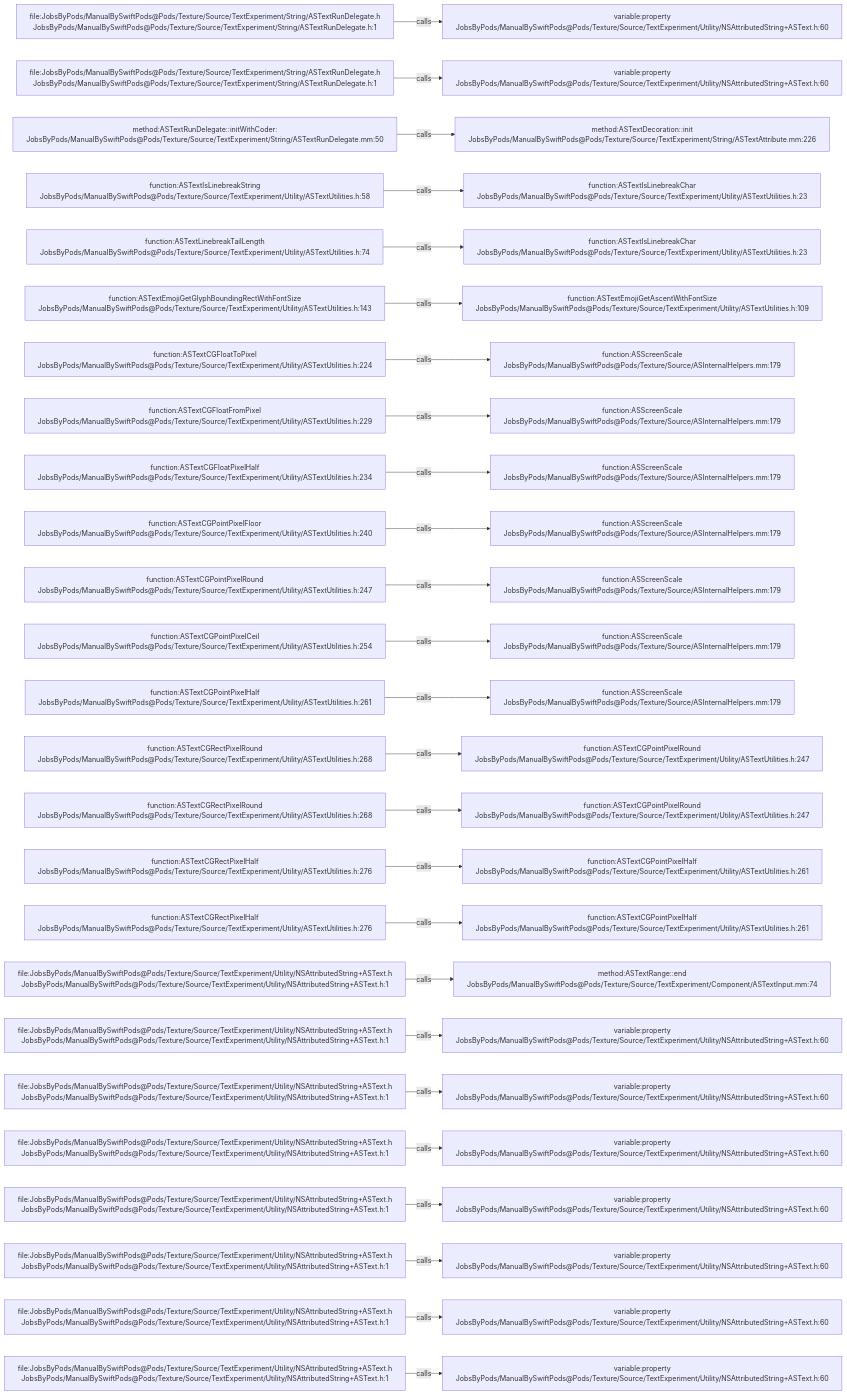
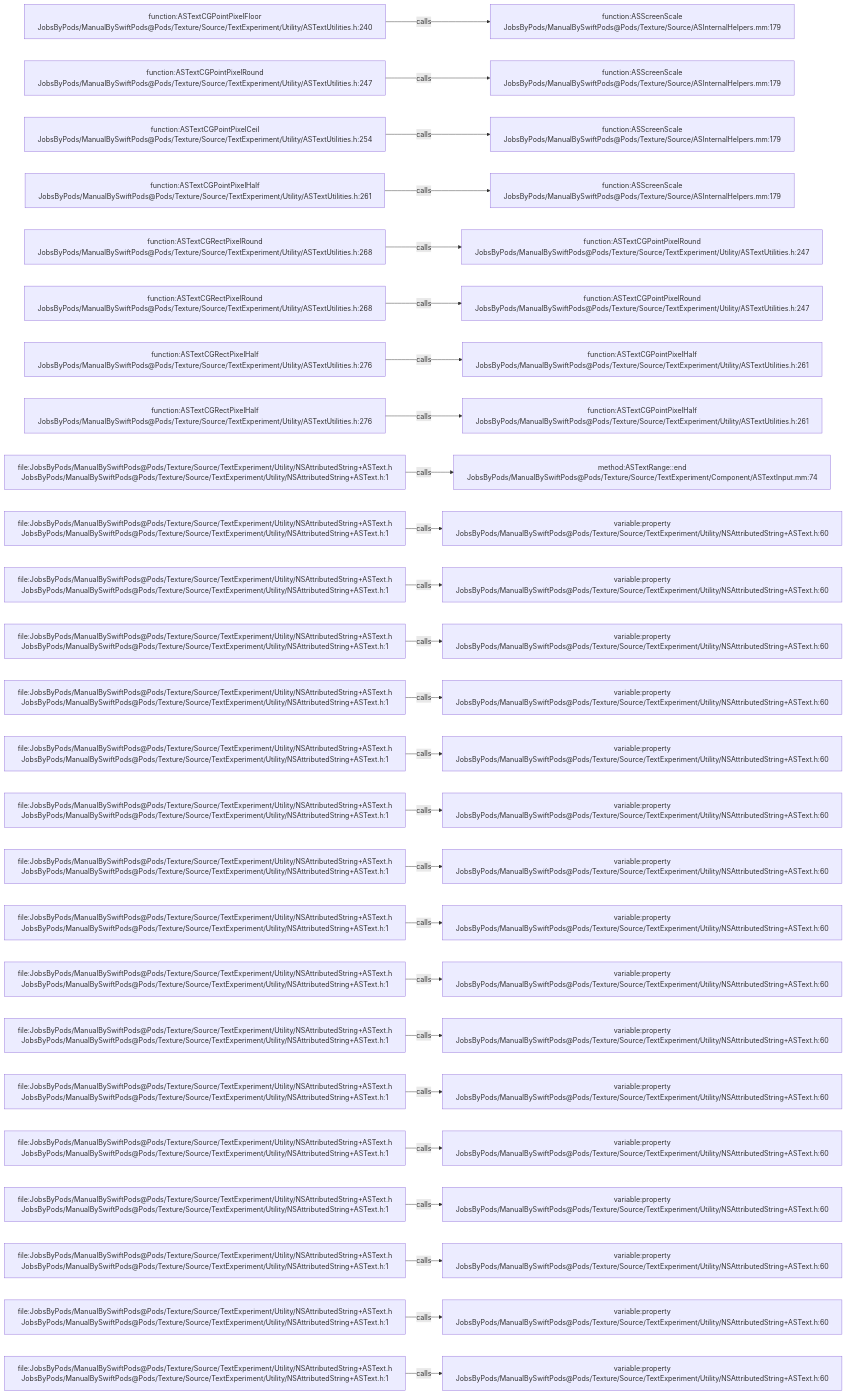
One commit to JobsKits/JobsSwiftBaseConfigDemo changed the diagram in .codegraph/codegraph.md/graphs/calls-140.md. Above: the diagram before and after it, drawn with Mermaid. The commit also changed 707 other files, not shown here.

````diff
--- a/.codegraph/codegraph.md/graphs/calls-140.md
+++ b/.codegraph/codegraph.md/graphs/calls-140.md
@@ -13,78 +13,78 @@
 ```mermaid
 flowchart LR
-  S1["file:JobsByPods/ManualBySwiftPods@Pods/Texture/Source/TextExperiment/String/ASTextRunDelegate.h<br/>JobsByPods/ManualBySwiftPods@Pods/Texture/Source/TextExperiment/String/ASTextRunDelegate.h:1"]
-  T1["variable:property<br/>JobsByPods/ManualBySwiftPods@Pods/Texture/Source/TextExperiment/Utility/NSAttributedString+ASText.h:60"]
+  S1["function:ASTextCGPointPixelFloor<br/>JobsByPods/ManualBySwiftPods@Pods/Texture/Source/TextExperiment/Utility/ASTextUtilities.h:240"]
+  T1["function:ASScreenScale<br/>JobsByPods/ManualBySwiftPods@Pods/Texture/Source/ASInternalHelpers.mm:179"]
   S1 -->|calls| T1
-  S2["file:JobsByPods/ManualBySwiftPods@Pods/Texture/Source/TextExperiment/String/ASTextRunDelegate.h<br/>JobsByPods/ManualBySwiftPods@Pods/Texture/Source/TextExperiment/String/ASTextRunDelegate.h:1"]
-  T2["variable:property<br/>JobsByPods/ManualBySwiftPods@Pods/Texture/Source/TextExperiment/Utility/NSAttributedString+ASText.h:60"]
+  S2["function:ASTextCGPointPixelRound<br/>JobsByPods/ManualBySwiftPods@Pods/Texture/Source/TextExperiment/Utility/ASTextUtilities.h:247"]
+  T2["function:ASScreenScale<br/>JobsByPods/ManualBySwiftPods@Pods/Texture/Source/ASInternalHelpers.mm:179"]
   S2 -->|calls| T2
-  S3["method:ASTextRunDelegate::initWithCoder:<br/>JobsByPods/ManualBySwiftPods@Pods/Texture/Source/TextExperiment/String/ASTextRunDelegate.mm:50"]
-  T3["method:ASTextDecoration::init<br/>JobsByPods/ManualBySwiftPods@Pods/Texture/Source/TextExperiment/String/ASTextAttribute.mm:226"]
+  S3["function:ASTextCGPointPixelCeil<br/>JobsByPods/ManualBySwiftPods@Pods/Texture/Source/TextExperiment/Utility/ASTextUtilities.h:254"]
+  T3["function:ASScreenScale<br/>JobsByPods/ManualBySwiftPods@Pods/Texture/Source/ASInternalHelpers.mm:179"]
   S3 -->|calls| T3
-  S4["function:ASTextIsLinebreakString<br/>JobsByPods/ManualBySwiftPods@Pods/Texture/Source/TextExperiment/Utility/ASTextUtilities.h:58"]
-  T4["function:ASTextIsLinebreakChar<br/>JobsByPods/ManualBySwiftPods@Pods/Texture/Source/TextExperiment/Utility/ASTextUtilities.h:23"]
+  S4["function:ASTextCGPointPixelHalf<br/>JobsByPods/ManualBySwiftPods@Pods/Texture/Source/TextExperiment/Utility/ASTextUtilities.h:261"]
+  T4["function:ASScreenScale<br/>JobsByPods/ManualBySwiftPods@Pods/Texture/Source/ASInternalHelpers.mm:179"]
   S4 -->|calls| T4
-  S5["function:ASTextLinebreakTailLength<br/>JobsByPods/ManualBySwiftPods@Pods/Texture/Source/TextExperiment/Utility/ASTextUtilities.h:74"]
-  T5["function:ASTextIsLinebreakChar<br/>JobsByPods/ManualBySwiftPods@Pods/Texture/Source/TextExperiment/Utility/ASTextUtilities.h:23"]
+  S5["function:ASTextCGRectPixelRound<br/>JobsByPods/ManualBySwiftPods@Pods/Texture/Source/TextExperiment/Utility/ASTextUtilities.h:268"]
+  T5["function:ASTextCGPointPixelRound<br/>JobsByPods/ManualBySwiftPods@Pods/Texture/Source/TextExperiment/Utility/ASTextUtilities.h:247"]
   S5 -->|calls| T5
-  S6["function:ASTextEmojiGetGlyphBoundingRectWithFontSize<br/>JobsByPods/ManualBySwiftPods@Pods/Texture/Source/TextExperiment/Utility/ASTextUtilities.h:143"]
-  T6["function:ASTextEmojiGetAscentWithFontSize<br/>JobsByPods/ManualBySwiftPods@Pods/Texture/Source/TextExperiment/Utility/ASTextUtilities.h:109"]
+  S6["function:ASTextCGRectPixelRound<br/>JobsByPods/ManualBySwiftPods@Pods/Texture/Source/TextExperiment/Utility/ASTextUtilities.h:268"]
+  T6["function:ASTextCGPointPixelRound<br/>JobsByPods/ManualBySwiftPods@Pods/Texture/Source/TextExperiment/Utility/ASTextUtilities.h:247"]
   S6 -->|calls| T6
-  S7["function:ASTextCGFloatToPixel<br/>JobsByPods/ManualBySwiftPods@Pods/Texture/Source/TextExperiment/Utility/ASTextUtilities.h:224"]
-  T7["function:ASScreenScale<br/>JobsByPods/ManualBySwiftPods@Pods/Texture/Source/ASInternalHelpers.mm:179"]
+  S7["function:ASTextCGRectPixelHalf<br/>JobsByPods/ManualBySwiftPods@Pods/Texture/Source/TextExperiment/Utility/ASTextUtilities.h:276"]
+  T7["function:ASTextCGPointPixelHalf<br/>JobsByPods/ManualBySwiftPods@Pods/Texture/Source/TextExperiment/Utility/ASTextUtilities.h:261"]
   S7 -->|calls| T7
-  S8["function:ASTextCGFloatFromPixel<br/>JobsByPods/ManualBySwiftPods@Pods/Texture/Source/TextExperiment/Utility/ASTextUtilities.h:229"]
-  T8["function:ASScreenScale<br/>JobsByPods/ManualBySwiftPods@Pods/Texture/Source/ASInternalHelpers.mm:179"]
+  S8["function:ASTextCGRectPixelHalf<br/>JobsByPods/ManualBySwiftPods@Pods/Texture/Source/TextExperiment/Utility/ASTextUtilities.h:276"]
+  T8["function:ASTextCGPointPixelHalf<br/>JobsByPods/ManualBySwiftPods@Pods/Texture/Source/TextExperiment/Utility/ASTextUtilities.h:261"]
   S8 -->|calls| T8
-  S9["function:ASTextCGFloatPixelHalf<br/>JobsByPods/ManualBySwiftPods@Pods/Texture/Source/TextExperiment/Utility/ASTextUtilities.h:234"]
-  T9["function:ASScreenScale<br/>JobsByPods/ManualBySwiftPods@Pods/Texture/Source/ASInternalHelpers.mm:179"]
+  S9["file:JobsByPods/ManualBySwiftPods@Pods/Texture/Source/TextExperiment/Utility/NSAttributedString+ASText.h<br/>JobsByPods/ManualBySwiftPods@Pods/Texture/Source/TextExperiment/Utility/NSAttributedString+ASText.h:1"]
+  T9["method:ASTextRange::end<br/>JobsByPods/ManualBySwiftPods@Pods/Texture/Source/TextExperiment/Component/ASTextInput.mm:74"]
   S9 -->|calls| T9
-  S10["function:ASTextCGPointPixelFloor<br/>JobsByPods/ManualBySwiftPods@Pods/Texture/Source/TextExperiment/Utility/ASTextUtilities.h:240"]
-  T10["function:ASScreenScale<br/>JobsByPods/ManualBySwiftPods@Pods/Texture/Source/ASInternalHelpers.mm:179"]
+  S10["file:JobsByPods/ManualBySwiftPods@Pods/Texture/Source/TextExperiment/Utility/NSAttributedString+ASText.h<br/>JobsByPods/ManualBySwiftPods@Pods/Texture/Source/TextExperiment/Utility/NSAttributedString+ASText.h:1"]
+  T10["variable:property<br/>JobsByPods/ManualBySwiftPods@Pods/Texture/Source/TextExperiment/Utility/NSAttributedString+ASText.h:60"]
   S10 -->|calls| T10
-  S11["function:ASTextCGPointPixelRound<br/>JobsByPods/ManualBySwiftPods@Pods/Texture/Source/TextExperiment/Utility/ASTextUtilities.h:247"]
-  T11["function:ASScreenScale<br/>JobsByPods/ManualBySwiftPods@Pods/Texture/Source/ASInternalHelpers.mm:179"]
+  S11["file:JobsByPods/ManualBySwiftPods@Pods/Texture/Source/TextExperiment/Utility/NSAttributedString+ASText.h<br/>JobsByPods/ManualBySwiftPods@Pods/Texture/Source/TextExperiment/Utility/NSAttributedString+ASText.h:1"]
+  T11["variable:property<br/>JobsByPods/ManualBySwiftPods@Pods/Texture/Source/TextExperiment/Utility/NSAttributedString+ASText.h:60"]
   S11 -->|calls| T11
-  S12["function:ASTextCGPointPixelCeil<br/>JobsByPods/ManualBySwiftPods@Pods/Texture/Source/TextExperiment/Utility/ASTextUtilities.h:254"]
-  T12["function:ASScreenScale<br/>JobsByPods/ManualBySwiftPods@Pods/Texture/Source/ASInternalHelpers.mm:179"]
+  S12["file:JobsByPods/ManualBySwiftPods@Pods/Texture/Source/TextExperiment/Utility/NSAttributedString+ASText.h<br/>JobsByPods/ManualBySwiftPods@Pods/Texture/Source/TextExperiment/Utility/NSAttributedString+ASText.h:1"]
+  T12["variable:property<br/>JobsByPods/ManualBySwiftPods@Pods/Texture/Source/TextExperiment/Utility/NSAttributedString+ASText.h:60"]
   S12 -->|calls| T12
-  S13["function:ASTextCGPointPixelHalf<br/>JobsByPods/ManualBySwiftPods@Pods/Texture/Source/TextExperiment/Utility/ASTextUtilities.h:261"]
-  T13["function:ASScreenScale<br/>JobsByPods/ManualBySwiftPods@Pods/Texture/Source/ASInternalHelpers.mm:179"]
+  S13["file:JobsByPods/ManualBySwiftPods@Pods/Texture/Source/TextExperiment/Utility/NSAttributedString+ASText.h<br/>JobsByPods/ManualBySwiftPods@Pods/Texture/Source/TextExperiment/Utility/NSAttributedString+ASText.h:1"]
+  T13["variable:property<br/>JobsByPods/ManualBySwiftPods@Pods/Texture/Source/TextExperiment/Utility/NSAttributedString+ASText.h:60"]
   S13 -->|calls| T13
-  S14["function:ASTextCGRectPixelRound<br/>JobsByPods/ManualBySwiftPods@Pods/Texture/Source/TextExperiment/Utility/ASTextUtilities.h:268"]
-  T14["function:ASTextCGPointPixelRound<br/>JobsByPods/ManualBySwiftPods@Pods/Texture/Source/TextExperiment/Utility/ASTextUtilities.h:247"]
+  S14["file:JobsByPods/ManualBySwiftPods@Pods/Texture/Source/TextExperiment/Utility/NSAttributedString+ASText.h<br/>JobsByPods/ManualBySwiftPods@Pods/Texture/Source/TextExperiment/Utility/NSAttributedString+ASText.h:1"]
+  T14["variable:property<br/>JobsByPods/ManualBySwiftPods@Pods/Texture/Source/TextExperiment/Utility/NSAttributedString+ASText.h:60"]
   S14 -->|calls| T14
-  S15["function:ASTextCGRectPixelRound<br/>JobsByPods/ManualBySwiftPods@Pods/Texture/Source/TextExperiment/Utility/ASTextUtilities.h:268"]
-  T15["function:ASTextCGPointPixelRound<br/>JobsByPods/ManualBySwiftPods@Pods/Texture/Source/TextExperiment/Utility/ASTextUtilities.h:247"]
+  S15["file:JobsByPods/ManualBySwiftPods@Pods/Texture/Source/TextExperiment/Utility/NSAttributedString+ASText.h<br/>JobsByPods/ManualBySwiftPods@Pods/Texture/Source/TextExperiment/Utility/NSAttributedString+ASText.h:1"]
+  T15["variable:property<br/>JobsByPods/ManualBySwiftPods@Pods/Texture/Source/TextExperiment/Utility/NSAttributedString+ASText.h:60"]
   S15 -->|calls| T15
-  S16["function:ASTextCGRectPixelHalf<br/>JobsByPods/ManualBySwiftPods@Pods/Texture/Source/TextExperiment/Utility/ASTextUtilities.h:276"]
-  T16["function:ASTextCGPointPixelHalf<br/>JobsByPods/ManualBySwiftPods@Pods/Texture/Source/TextExperiment/Utility/ASTextUtilities.h:261"]
+  S16["file:JobsByPods/ManualBySwiftPods@Pods/Texture/Source/TextExperiment/Utility/NSAttributedString+ASText.h<br/>JobsByPods/ManualBySwiftPods@Pods/Texture/Source/TextExperiment/Utility/NSAttributedString+ASText.h:1"]
+  T16["variable:property<br/>JobsByPods/ManualBySwiftPods@Pods/Texture/Source/TextExperiment/Utility/NSAttributedString+ASText.h:60"]
   S16 -->|calls| T16
-  S17["function:ASTextCGRectPixelHalf<br/>JobsByPods/ManualBySwiftPods@Pods/Texture/Source/TextExperiment/Utility/ASTextUtilities.h:276"]
-  T17["function:ASTextCGPointPixelHalf<br/>JobsByPods/ManualBySwiftPods@Pods/Texture/Source/TextExperiment/Utility/ASTextUtilities.h:261"]
+  S17["file:JobsByPods/ManualBySwiftPods@Pods/Texture/Source/TextExperiment/Utility/NSAttributedString+ASText.h<br/>JobsByPods/ManualBySwiftPods@Pods/Texture/Source/TextExperiment/Utility/NSAttributedString+ASText.h:1"]
+  T17["variable:property<br/>JobsByPods/ManualBySwiftPods@Pods/Texture/Source/TextExperiment/Utility/NSAttributedString+ASText.h:60"]
   S17 -->|calls| T17
   S18["file:JobsByPods/ManualBySwiftPods@Pods/Texture/Source/TextExperiment/Utility/NSAttributedString+ASText.h<br/>JobsByPods/ManualBySwiftPods@Pods/Texture/Source/TextExperiment/Utility/NSAttributedString+ASText.h:1"]
-  T18["method:ASTextRange::end<br/>JobsByPods/ManualBySwiftPods@Pods/Texture/Source/TextExperiment/Component/ASTextInput.mm:74"]
+  T18["variable:property<br/>JobsByPods/ManualBySwiftPods@Pods/Texture/Source/TextExperiment/Utility/NSAttributedString+ASText.h:60"]
   S18 -->|calls| T18
   S19["file:JobsByPods/ManualBySwiftPods@Pods/Texture/Source/TextExperiment/Utility/NSAttributedString+ASText.h<br/>JobsByPods/ManualBySwiftPods@Pods/Texture/Source/TextExperiment/Utility/NSAttributedString+ASText.h:1"]
   T19["variable:property<br/>JobsByPods/ManualBySwiftPods@Pods/Texture/Source/TextExperiment/Utility/NSAttributedString+ASText.h:60"]
   S19 -->|calls| T19
   S20["file:JobsByPods/ManualBySwiftPods@Pods/Texture/Source/TextExperiment/Utility/NSAttributedString+ASText.h<br/>JobsByPods/ManualBySwiftPods@Pods/Texture/Source/TextExperiment/Utility/NSAttributedString+ASText.h:1"]
   T20["variable:property<br/>JobsByPods/ManualBySwiftPods@Pods/Texture/Source/TextExperiment/Utility/NSAttributedString+ASText.h:60"]
   S20 -->|calls| T20
   S21["file:JobsByPods/ManualBySwiftPods@Pods/Texture/Source/TextExperiment/Utility/NSAttributedString+ASText.h<br/>JobsByPods/ManualBySwiftPods@Pods/Texture/Source/TextExperiment/Utility/NSAttributedString+ASText.h:1"]
   T21["variable:property<br/>JobsByPods/ManualBySwiftPods@Pods/Texture/Source/TextExperiment/Utility/NSAttributedString+ASText.h:60"]
   S21 -->|calls| T21
   S22["file:JobsByPods/ManualBySwiftPods@Pods/Texture/Source/TextExperiment/Utility/NSAttributedString+ASText.h<br/>JobsByPods/ManualBySwiftPods@Pods/Texture/Source/TextExperiment/Utility/NSAttributedString+ASText.h:1"]
   T22["variable:property<br/>JobsByPods/ManualBySwiftPods@Pods/Texture/Source/TextExperiment/Utility/NSAttributedString+ASText.h:60"]
   S22 -->|calls| T22
   S23["file:JobsByPods/ManualBySwiftPods@Pods/Texture/Source/TextExperiment/Utility/NSAttributedString+ASText.h<br/>JobsByPods/ManualBySwiftPods@Pods/Texture/Source/TextExperiment/Utility/NSAttributedString+ASText.h:1"]
   T23["variable:property<br/>JobsByPods/ManualBySwiftPods@Pods/Texture/Source/TextExperiment/Utility/NSAttributedString+ASText.h:60"]
   S23 -->|calls| T23
   S24["file:JobsByPods/ManualBySwiftPods@Pods/Texture/Source/TextExperiment/Utility/NSAttributedString+ASText.h<br/>JobsByPods/ManualBySwiftPods@Pods/Texture/Source/TextExperiment/Utility/NSAttributedString+ASText.h:1"]
   T24["variable:property<br/>JobsByPods/ManualBySwiftPods@Pods/Texture/Source/TextExperiment/Utility/NSAttributedString+ASText.h:60"]
   S24 -->|calls| T24
   S25["file:JobsByPods/ManualBySwiftPods@Pods/Texture/Source/TextExperiment/Utility/NSAttributedString+ASText.h<br/>JobsByPods/ManualBySwiftPods@Pods/Texture/Source/TextExperiment/Utility/NSAttributedString+ASText.h:1"]
   T25["variable:property<br/>JobsByPods/ManualBySwiftPods@Pods/Texture/Source/TextExperiment/Utility/NSAttributedString+ASText.h:60"]
   S25 -->|calls| T25
 ```
````
